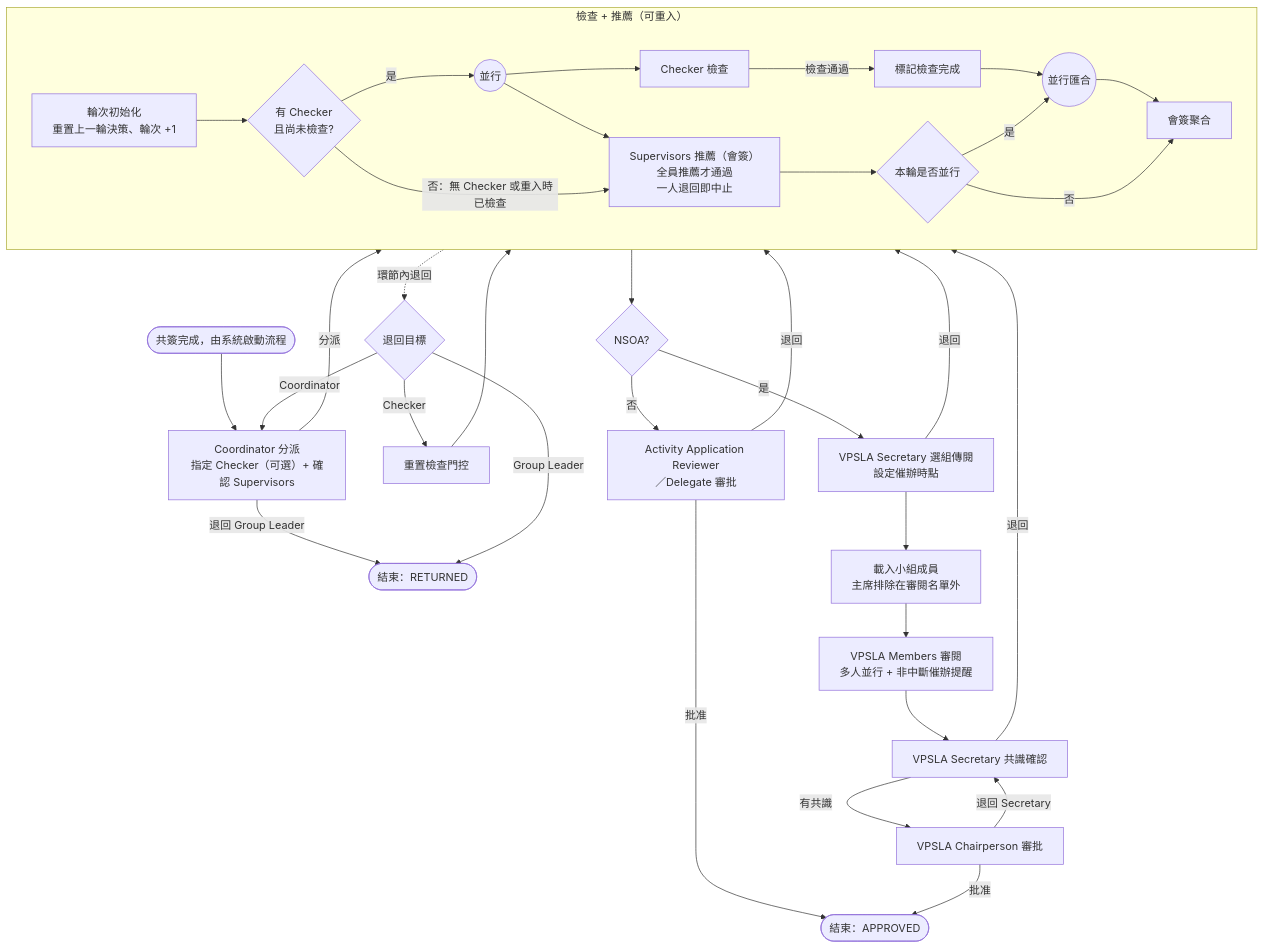
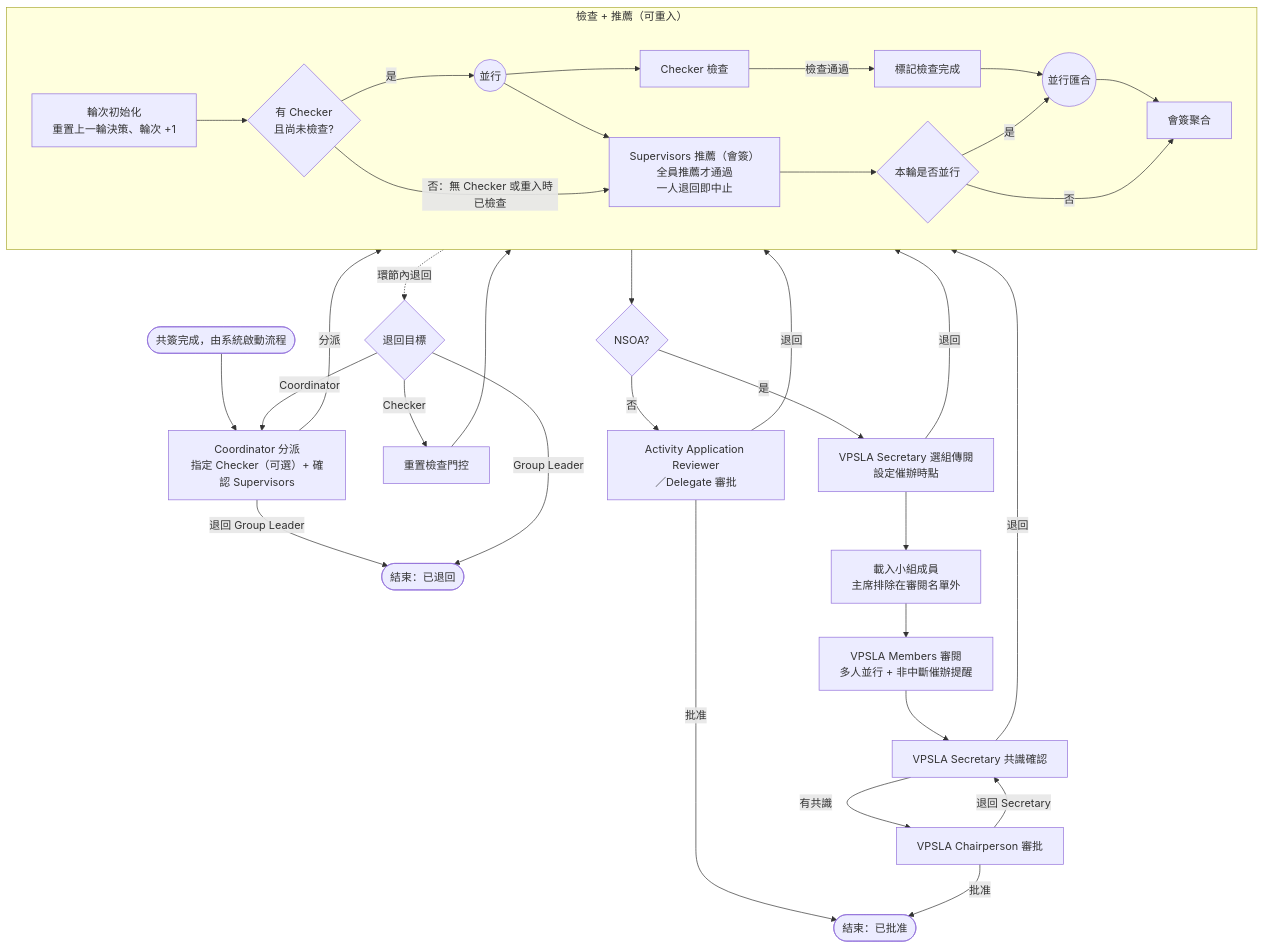
The diagram in activity-report-submission-design.md (OneStar-Projects/SLAS-Docs), drawn with Mermaid before and after one commit. The commit also changed other lines of this file and 1 other file, not shown here.

````diff
--- a/activity-report-submission-design.md
+++ b/activity-report-submission-design.md
@@ -128,34 +128,34 @@
 ```mermaid
 flowchart TD
     S([共簽完成，由系統啟動流程]) --> C[Coordinator 分派<br/>指定 Checker（可選）+ 確認 Supervisors]
-    C -- 退回 Group Leader --> RET([結束：RETURNED])
+    C -- 退回 Group Leader --> RET([結束：已退回])
     C -- 分派 --> SUB
     subgraph SUB [檢查 + 推薦（可重入）]
       INIT[輪次初始化<br/>重置上一輪決策、輪次 +1] --> G1{有 Checker<br/>且尚未檢查?}
       G1 -- 是 --> FORK((並行))
       FORK --> CHK[Checker 檢查]
       FORK --> SUP[Supervisors 推薦（會簽）<br/>全員推薦才通過<br/>一人退回即中止]
       G1 -- 否：無 Checker 或重入時已檢查 --> SUP
       CHK -- 檢查通過 --> DONE[標記檢查完成] --> JOIN((並行匯合))
       SUP --> G2{本輪是否並行}
       G2 -- 是 --> JOIN
       G2 -- 否 --> AGG[會簽聚合]
       JOIN --> AGG
     end
     SUB -. 環節內退回 .-> RG{退回目標}
     RG -- Coordinator --> C
     RG -- Checker --> RSTC[重置檢查門控] --> SUB
     RG -- Group Leader --> RET
     SUB --> NS{NSOA?}
     NS -- 否 --> REV[Activity Application Reviewer<br/>／Delegate 審批]
-    REV -- 批准 --> OK([結束：APPROVED])
+    REV -- 批准 --> OK([結束：已批准])
     REV -- 退回 --> SUB
     NS -- 是 --> VPS[VPSLA Secretary 選組傳閱<br/>設定催辦時點]
     VPS -- 退回 --> SUB
     VPS --> LOAD[載入小組成員<br/>主席排除在審閱名單外] --> VPM[VPSLA Members 審閱<br/>多人並行 + 非中斷催辦提醒]
     VPM --> VPC[VPSLA Secretary 共識確認]
     VPC -- 退回 --> SUB
     VPC -- 有共識 --> CH[VPSLA Chairperson 審批]
     CH -- 批准 --> OK
     CH -- 退回 Secretary --> VPC
 ```
````
